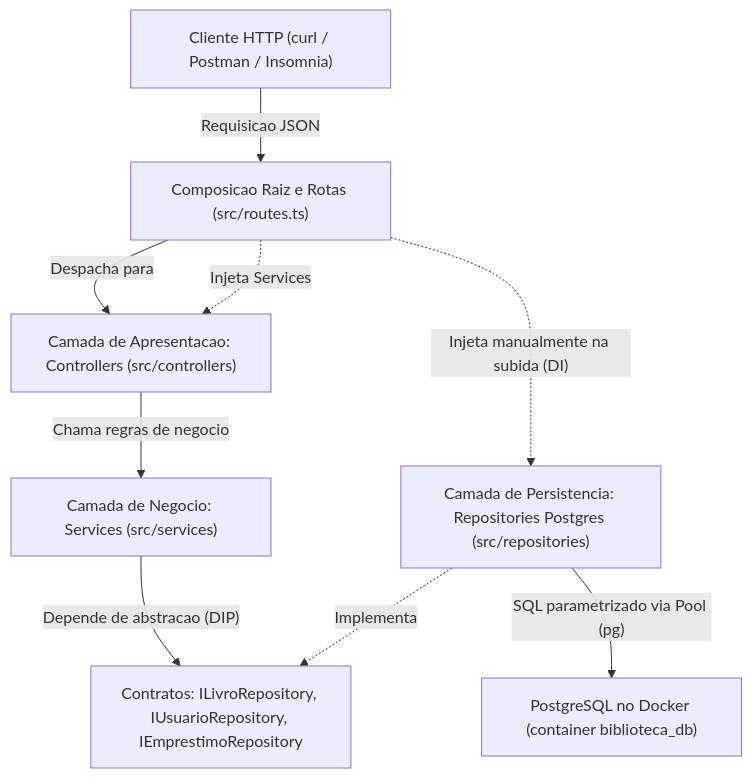
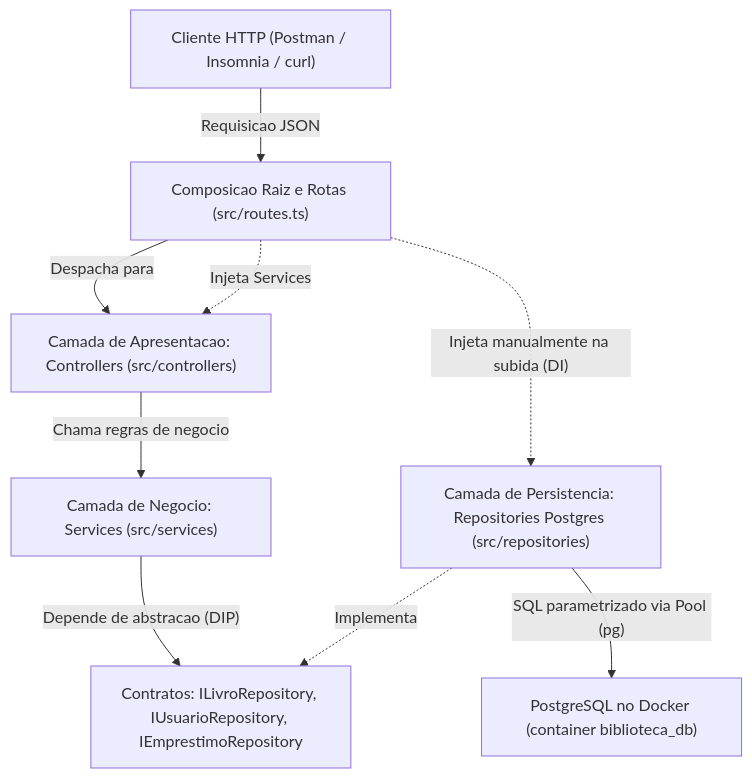
Before and after one commit to iikro/biblioteca-projeto-final-arq-soft: the first of 3 diagrams in docs/TUTORIAL.md, drawn with Mermaid. The commit also changed other lines of this file and 2 other files, not shown here.

````diff
--- a/docs/TUTORIAL.md
+++ b/docs/TUTORIAL.md
@@ -123,11 +109,11 @@
 ```mermaid
 flowchart TD
-    Cliente["Cliente HTTP (curl / Postman / Insomnia)"] -->|"Requisicao JSON"| Routes["Composicao Raiz e Rotas (src/routes.ts)"]
+    Cliente["Cliente HTTP (Postman / Insomnia / curl)"] -->|"Requisicao JSON"| Routes["Composicao Raiz e Rotas (src/routes.ts)"]
     Routes -->|"Despacha para"| Controllers["Camada de Apresentacao: Controllers (src/controllers)"]
     Controllers -->|"Chama regras de negocio"| Services["Camada de Negocio: Services (src/services)"]
     Services -->|"Depende de abstracao (DIP)"| Interfaces["Contratos: ILivroRepository, IUsuarioRepository, IEmprestimoRepository"]
     Repositories["Camada de Persistencia: Repositories Postgres (src/repositories)"] -.->|"Implementa"| Interfaces
     Routes -.->|"Injeta manualmente na subida (DI)"| Repositories
     Routes -.->|"Injeta Services"| Controllers
     Repositories -->|"SQL parametrizado via Pool (pg)"| Postgres["PostgreSQL no Docker (container biblioteca_db)"]
 ```
````
